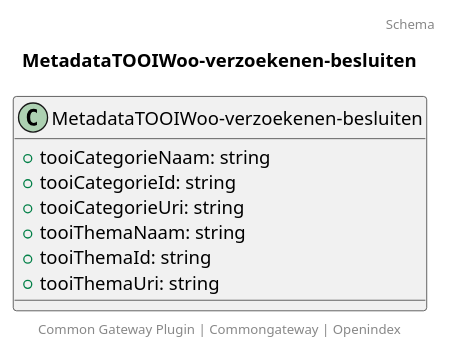
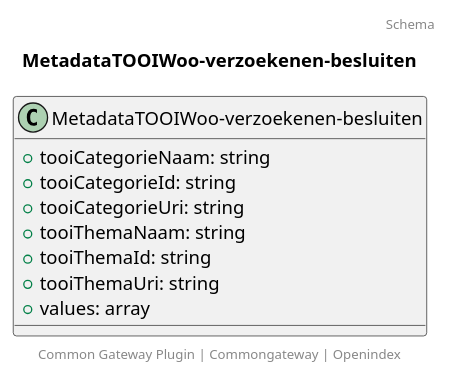
Before and after one commit to CommonGateway/OpenIndex: the diagram in docs/schema/metadata.tooi_verzoeken_en_besluiten.puml, drawn with PlantUML. The commit also changed 34 other files, not shown here.

```diff
--- a/docs/schema/metadata.tooi_verzoeken_en_besluiten.puml
+++ b/docs/schema/metadata.tooi_verzoeken_en_besluiten.puml
@@ -1,14 +1,15 @@
 @startuml
 title: MetadataTOOIWoo-verzoekenen-besluiten
 footer: Common Gateway Plugin | Commongateway | Openindex 
 header: Schema
 
 class MetadataTOOIWoo-verzoekenen-besluiten {
   + tooiCategorieNaam: string
   + tooiCategorieId: string
   + tooiCategorieUri: string
   + tooiThemaNaam: string
   + tooiThemaId: string
   + tooiThemaUri: string
+  + values: array
 }
 @enduml
```
